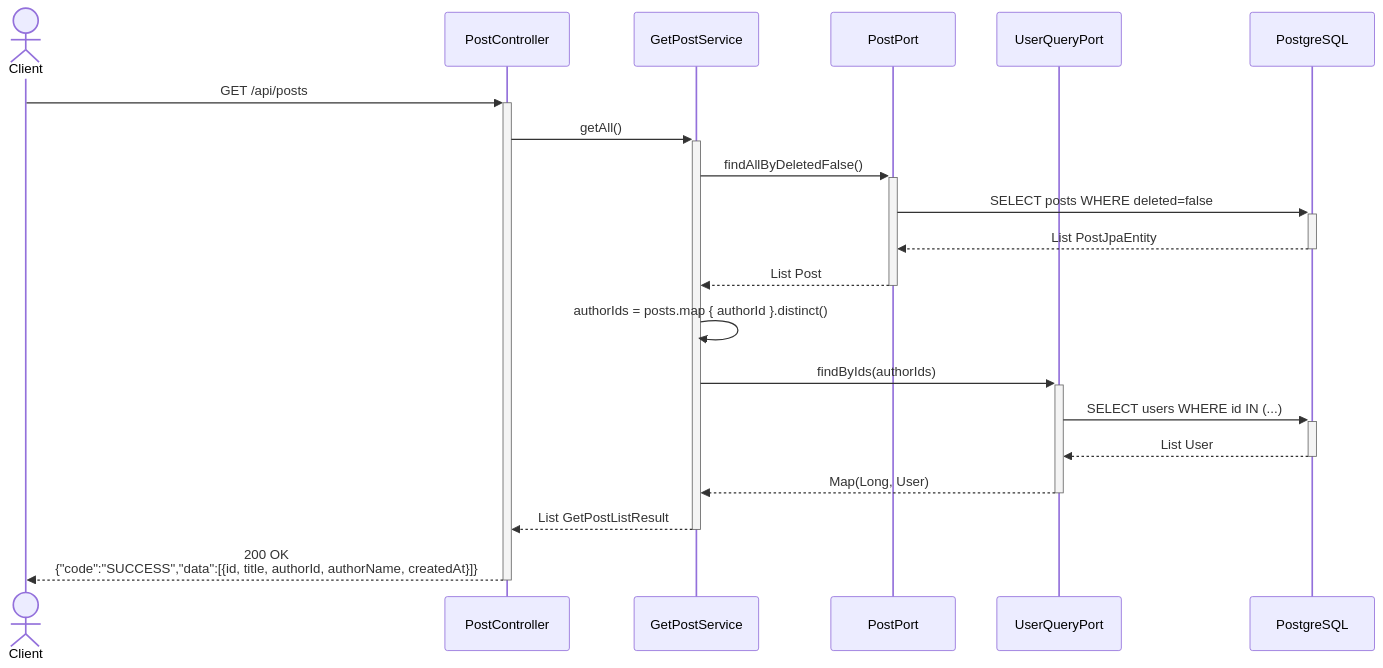
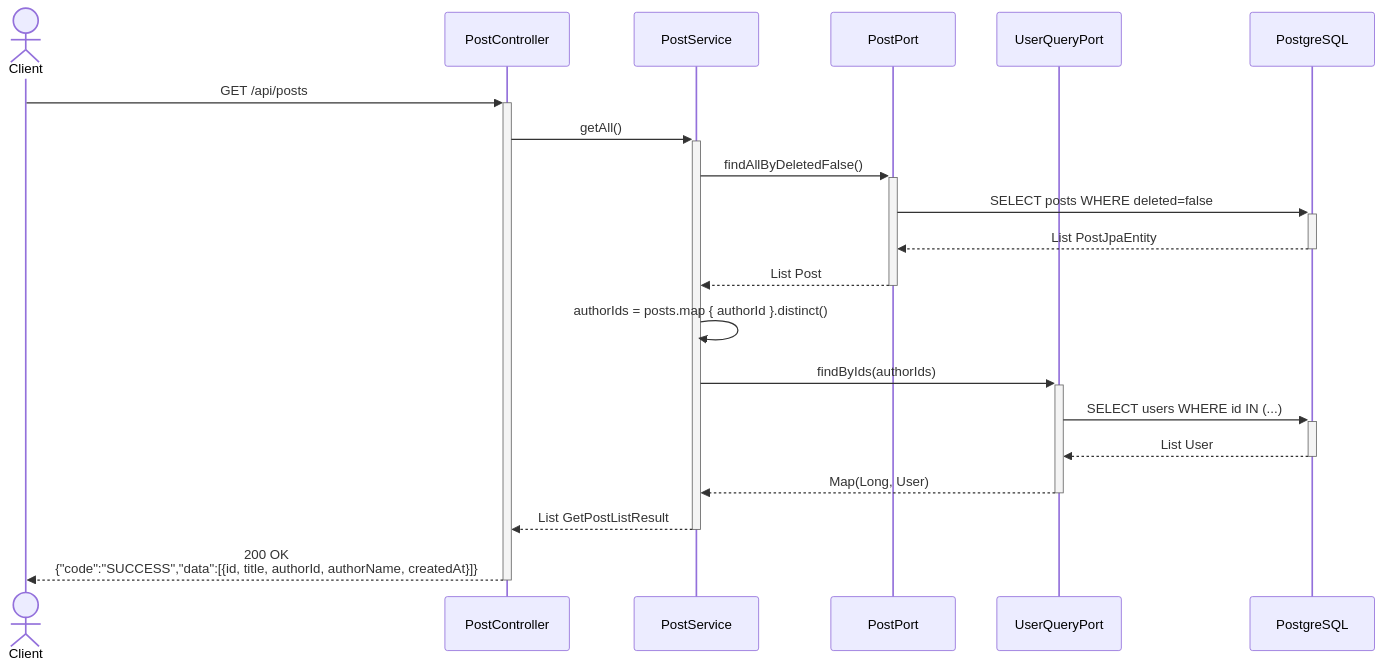
The fifth of 8 diagrams in docs/architecture/Post 설계문서.md (GoToOOP2/OOP), drawn with Mermaid before and after one commit. The commit also changed other lines of this file, not shown here.

Commit message:
docs : 설계 문서 시퀀스 다이어그램 PostService 통합 반영

````diff
--- a/docs/architecture/Post 설계문서.md
+++ b/docs/architecture/Post 설계문서.md
@@ -180,23 +180,23 @@
 ```mermaid
 sequenceDiagram
     actor Client
     participant C as PostController
-    participant S as GetPostService
+    participant S as PostService
     participant PP as PostPort
     participant UQP as UserQueryPort
     participant DB as PostgreSQL
 
     Client ->>+ C: GET /api/posts
     C ->>+ S: getAll()
     S ->>+ PP: findAllByDeletedFalse()
     PP ->>+ DB: SELECT posts WHERE deleted=false
     DB -->>- PP: List PostJpaEntity
     PP -->>- S: List Post
     S ->> S: authorIds = posts.map { authorId }.distinct()
     S ->>+ UQP: findByIds(authorIds)
     UQP ->>+ DB: SELECT users WHERE id IN (...)
     DB -->>- UQP: List User
     UQP -->>- S: Map(Long, User)
     S -->>- C: List GetPostListResult
     C -->>- Client: 200 OK<br/>{"code":"SUCCESS","data":[{id, title, authorId, authorName, createdAt}]}
 ```
````
